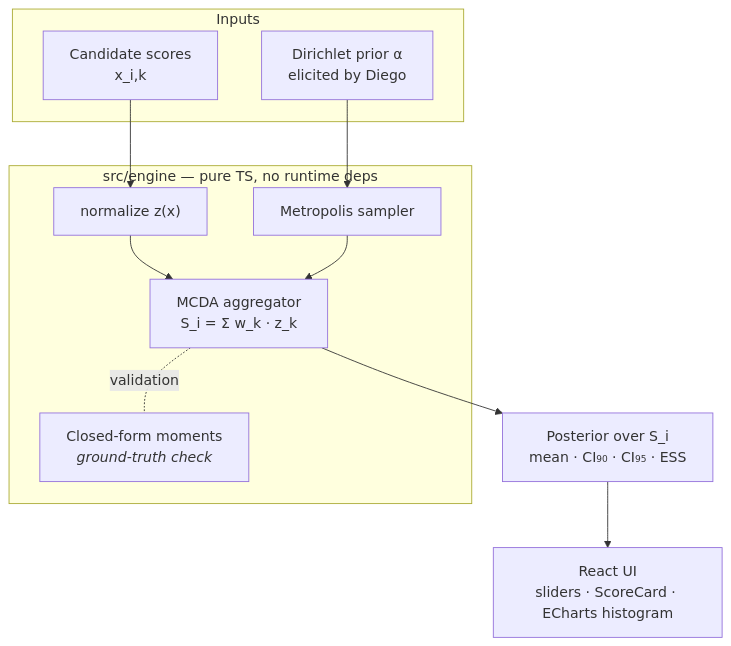
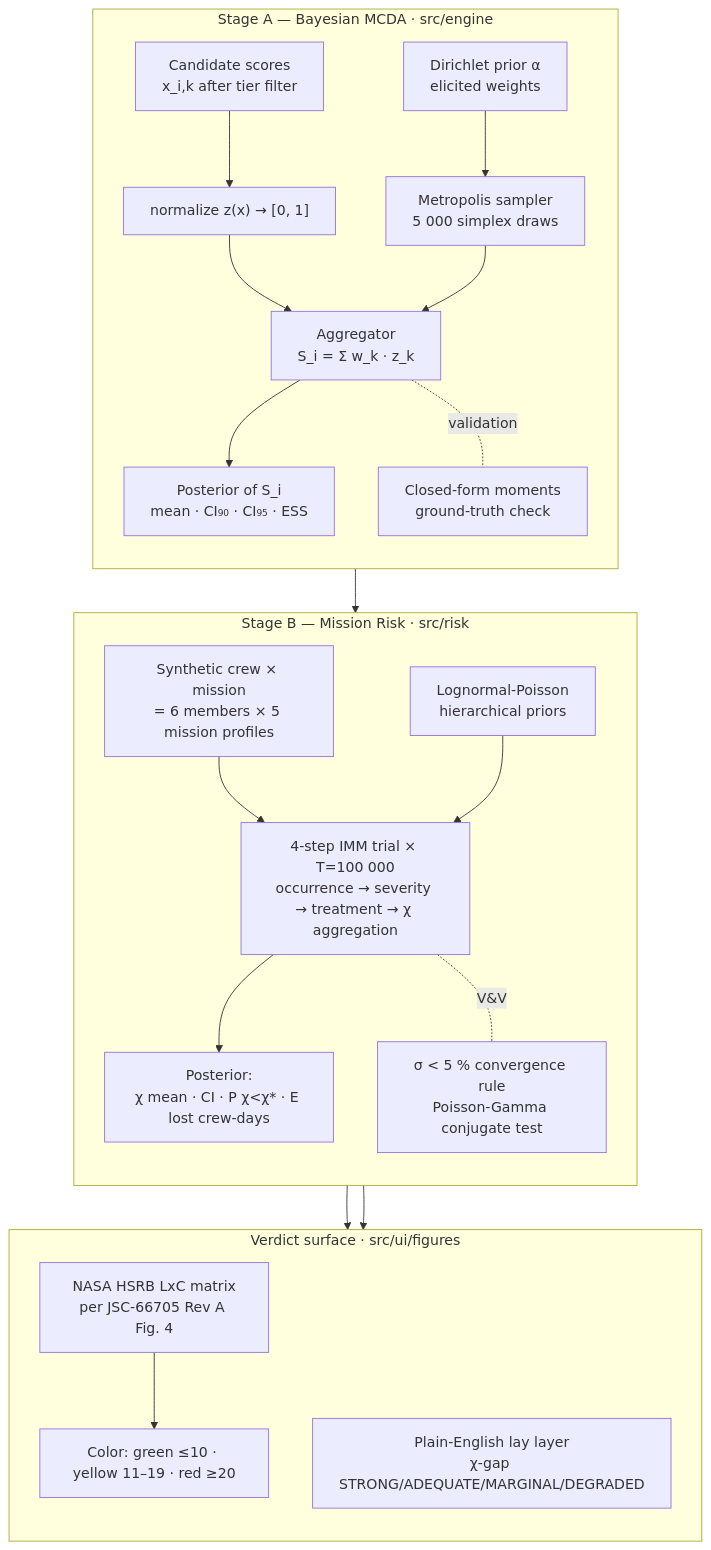
Before and after one commit to strikerdlm/selectron: the second of 2 diagrams in README.md, drawn with Mermaid. The commit also changed other lines of this file, not shown here.

````diff
--- a/README.md
+++ b/README.md
@@ -72,19 +86,40 @@
 ```mermaid
 flowchart TB
-    subgraph Inputs
-        C[Candidate scores<br/>x_i,k]
-        A["Dirichlet prior α<br/>elicited by Diego"]
+    subgraph A[" Stage A — Bayesian MCDA · src/engine "]
+        direction TB
+        E_C[Candidate scores<br/>x_i,k after tier filter]
+        E_A[Dirichlet prior α<br/>elicited weights]
+        E_N["normalize z(x) → [0, 1]"]
+        E_S[Metropolis sampler<br/>5 000 simplex draws]
+        E_M[Aggregator<br/>S_i = Σ w_k · z_k]
+        E_CF[Closed-form moments<br/>ground-truth check]
+        E_P[Posterior of S_i<br/>mean · CI₉₀ · CI₉₅ · ESS]
+        E_C --> E_N --> E_M
+        E_A --> E_S --> E_M --> E_P
+        E_M -.validation.- E_CF
     end
-    subgraph Engine[" src/engine — pure TS, no runtime deps "]
-        N["normalize z(x)"]
-        S[Metropolis sampler]
-        M[MCDA aggregator<br/>S_i = Σ w_k · z_k]
-        CF[Closed-form moments<br/><i>ground-truth check</i>]
+
+    subgraph B[" Stage B — Mission Risk · src/risk "]
+        direction TB
+        R_S[Synthetic crew × mission<br/>= 6 members × 5 mission profiles]
+        R_PRIOR[Lognormal-Poisson<br/>hierarchical priors]
+        R_MC[4-step IMM trial × T=100 000<br/>occurrence → severity → treatment → χ aggregation]
+        R_OUT[Posterior:<br/>χ mean · CI · P χ&lt;χ* · E lost crew-days]
+        R_VV[σ &lt; 5 % convergence rule<br/>Poisson-Gamma conjugate test]
+        R_S --> R_MC
+        R_PRIOR --> R_MC --> R_OUT
+        R_MC -.V&V.- R_VV
     end
-    P[Posterior over S_i<br/>mean · CI₉₀ · CI₉₅ · ESS]
-    UI[React UI<br/>sliders · ScoreCard · ECharts histogram]
-    C --> N --> M
-    A --> S --> M --> P
-    M -.validation.- CF
-    P --> UI
+
+    subgraph V[" Verdict surface · src/ui/figures "]
+        direction TB
+        V_LXC["NASA HSRB LxC matrix<br/>per JSC-66705 Rev A Fig. 4"]
+        V_COLOR["Color: green ≤10 · yellow 11–19 · red ≥20"]
+        V_LAY[Plain-English lay layer<br/>χ-gap STRONG/ADEQUATE/MARGINAL/DEGRADED]
+        V_LXC --> V_COLOR
+    end
+
+    E_P --> R_S
+    R_OUT --> V_LXC
+    R_OUT --> V_LAY
 ```
````
